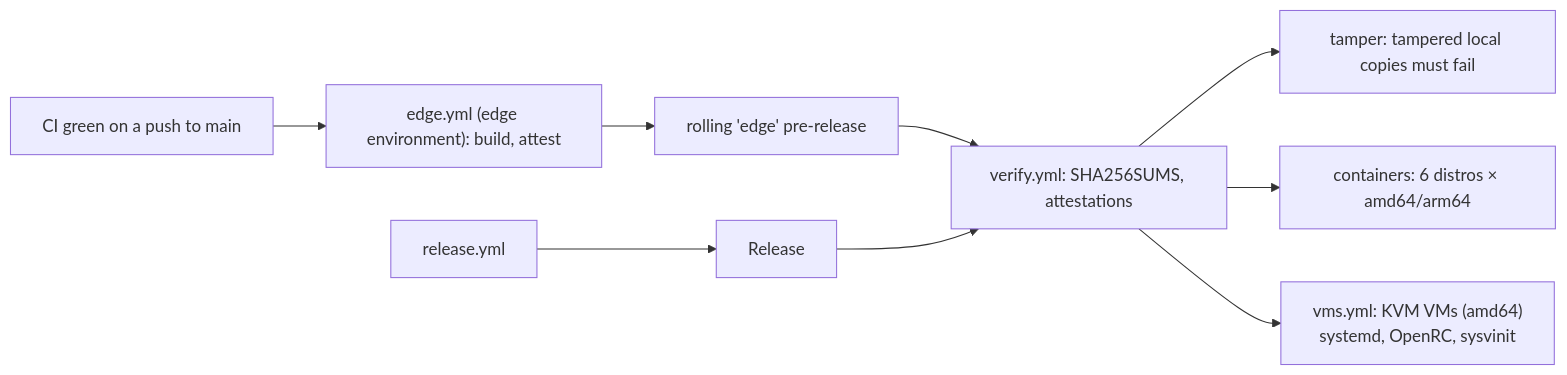
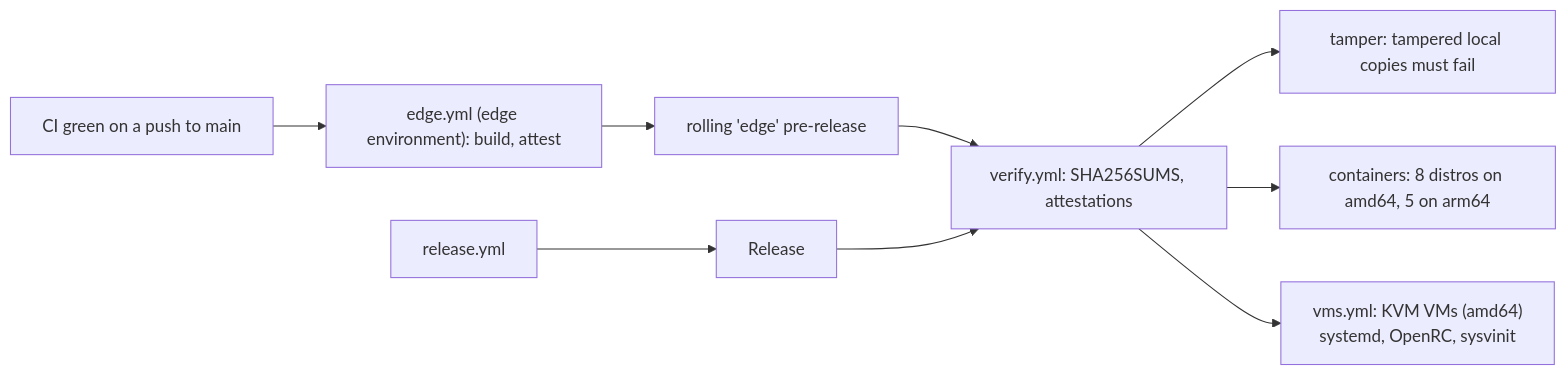
Before and after one commit to jiegui2025/hwspec: the sixth of 6 diagrams in CONTRIBUTING.md, drawn with Mermaid. The commit also changed 1 other file, not shown here.

Commit message:
docs: correct the verify container count and when CI builds the flake
verify.yml runs 8 distro images on amd64 and 5 on arm64 (Arch, LMDE
and Devuan have no arm64 image), not 6 on both. CI builds the Nix
flake on PRs that change the flake, Go code or CI
(scripts/changed-areas.sh), not on every PR.

````diff
--- a/CONTRIBUTING.md
+++ b/CONTRIBUTING.md
@@ -206,10 +206,10 @@
 ```mermaid
 flowchart LR
   ci["CI green on a push to main"] --> edge["edge.yml (edge environment): build, attest"] --> pre["rolling 'edge' pre-release"]
   tag[release.yml] --> rel[Release]
   pre --> verify
   rel --> verify["verify.yml: SHA256SUMS, attestations"]
   verify --> tamper["tamper: tampered local copies must fail"]
-  verify --> ctr["containers: 6 distros × amd64/arm64"]
+  verify --> ctr["containers: 8 distros on amd64, 5 on arm64"]
   verify --> vms["vms.yml: KVM VMs (amd64)<br/>systemd, OpenRC, sysvinit"]
 ```
````
